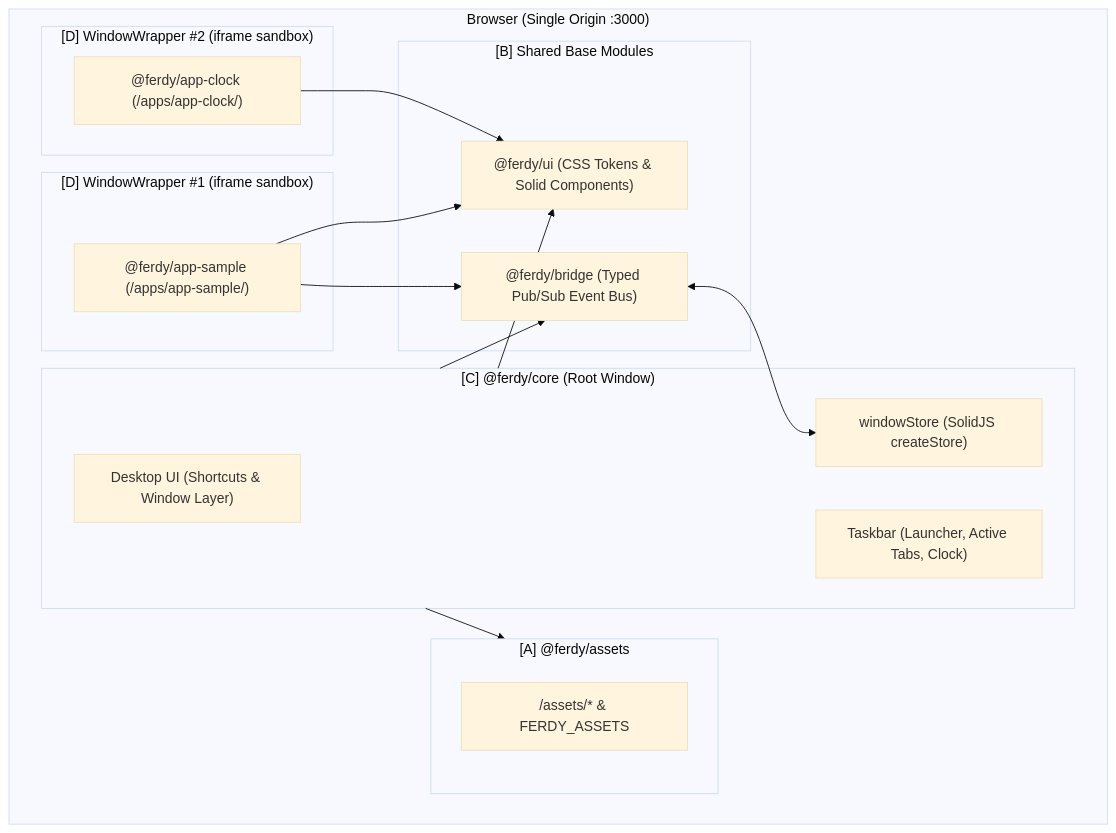
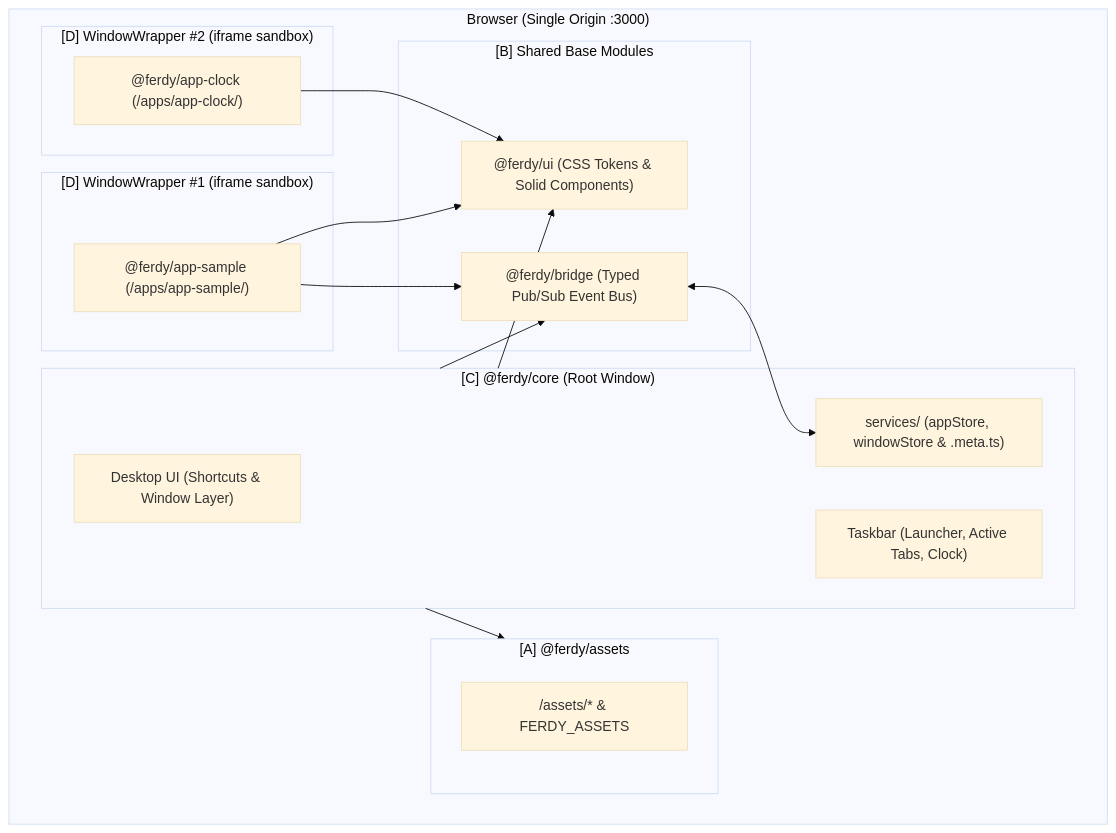
The diagram in docs/architecture.md (nicepig7/ferdyPlatter), drawn with Mermaid (base theme) before and after one commit. The commit also changed other lines of this file and 22 other files, not shown here.

Commit message:
refactor(core): organize services/ layer and split app manifest/shortcut .meta.ts files

````diff
--- a/docs/architecture.md
+++ b/docs/architecture.md
@@ -19,35 +19,35 @@
 ```mermaid
 flowchart TB
     subgraph Browser["Browser (Single Origin :3000)"]
         subgraph Core["[C] @ferdy/core (Root Window)"]
             Desktop["Desktop UI (Shortcuts & Window Layer)"]
             Taskbar["Taskbar (Launcher, Active Tabs, Clock)"]
-            Store["windowStore (SolidJS createStore)"]
+            Services["services/ (appStore, windowStore & .meta.ts)"]
         end
 
         subgraph Base["[B] Shared Base Modules"]
             UI["@ferdy/ui (CSS Tokens & Solid Components)"]
             Bridge["@ferdy/bridge (Typed Pub/Sub Event Bus)"]
         end
 
         subgraph Assets["[A] @ferdy/assets"]
             Static["/assets/* & FERDY_ASSETS"]
         end
 
         subgraph Window1["[D] WindowWrapper #1 (iframe sandbox)"]
             App1["@ferdy/app-sample (/apps/app-sample/)"]
         end
 
         subgraph Window2["[D] WindowWrapper #2 (iframe sandbox)"]
             App2["@ferdy/app-clock (/apps/app-clock/)"]
         end
     end
 
     Core --> UI
     Core --> Bridge
     Core --> Assets
     App1 --> UI
     App1 --> Bridge
     App2 --> UI
-    Bridge <--> Store
+    Bridge <--> Services
 ```
````
